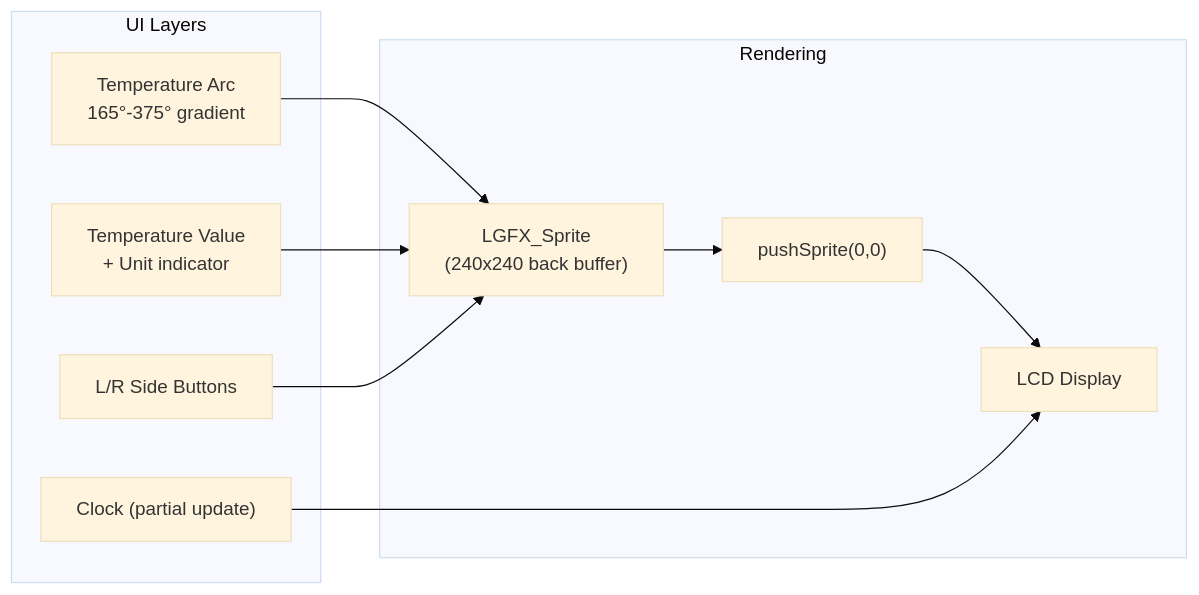
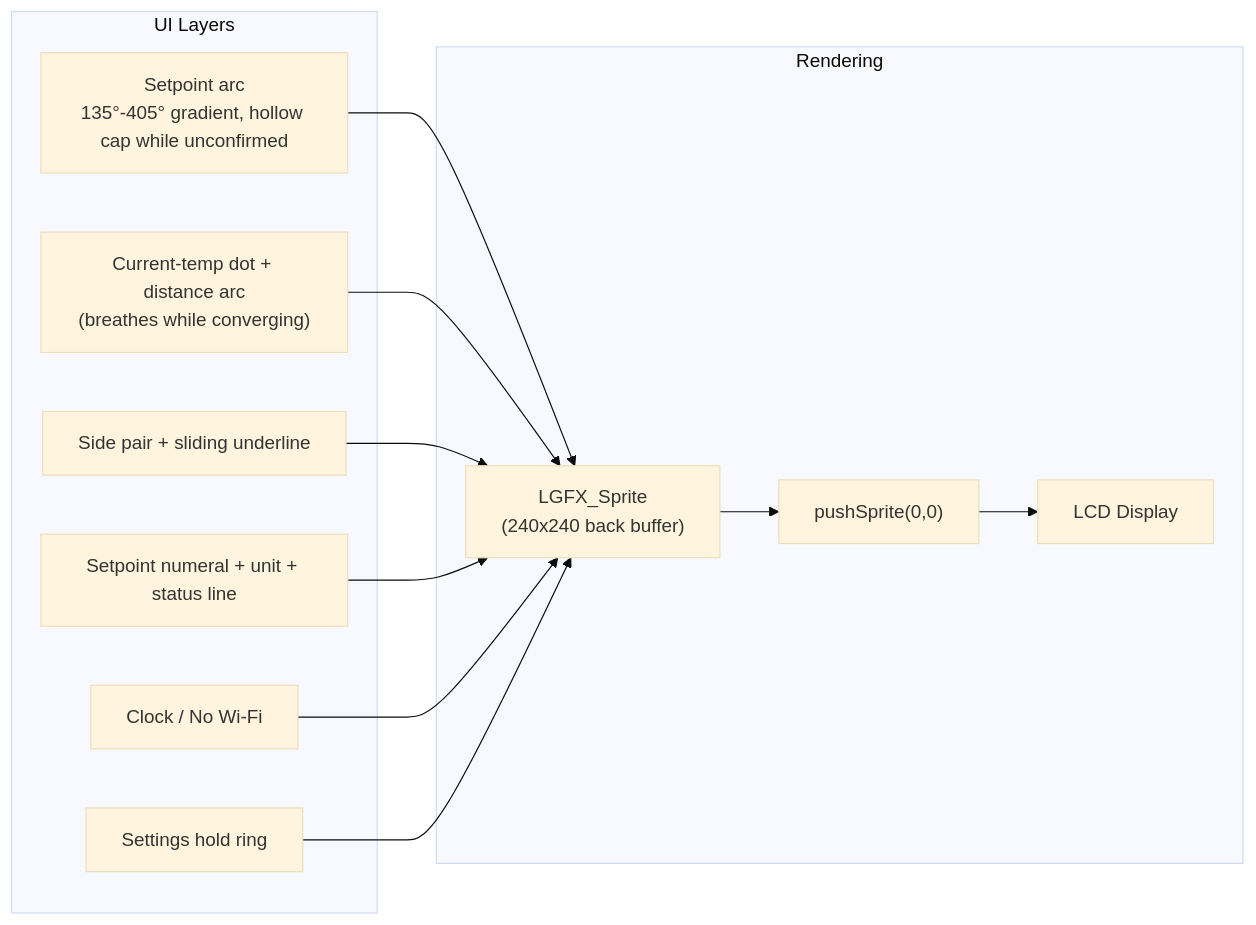
The fifth of 6 diagrams in docs/architecture.md (sleepypod/m5-rotary-dial), drawn with Mermaid (base theme) before and after one commit. The commit also changed other lines of this file and 4 other files, not shown here.

````diff
--- a/docs/architecture.md
+++ b/docs/architecture.md
@@ -136,14 +136,16 @@
 ```mermaid
 flowchart LR
     subgraph Rendering
         Sprite["LGFX_Sprite<br/>(240x240 back buffer)"] --> Push["pushSprite(0,0)"]
         Push --> LCD["LCD Display"]
     end
 
     subgraph "UI Layers"
-        Arc["Temperature Arc<br/>165°-375° gradient"] --> Sprite
-        Center["Temperature Value<br/>+ Unit indicator"] --> Sprite
-        Buttons["L/R Side Buttons"] --> Sprite
-        Clock["Clock (partial update)"] --> LCD
+        Arc["Setpoint arc<br/>135°-405° gradient, hollow cap while unconfirmed"] --> Sprite
+        Marker["Current-temp dot + distance arc<br/>(breathes while converging)"] --> Sprite
+        Sides["Side pair + sliding underline"] --> Sprite
+        Center["Setpoint numeral + unit + status line"] --> Sprite
+        Clock["Clock / No Wi-Fi"] --> Sprite
+        Ring["Settings hold ring"] --> Sprite
     end
 ```
````
